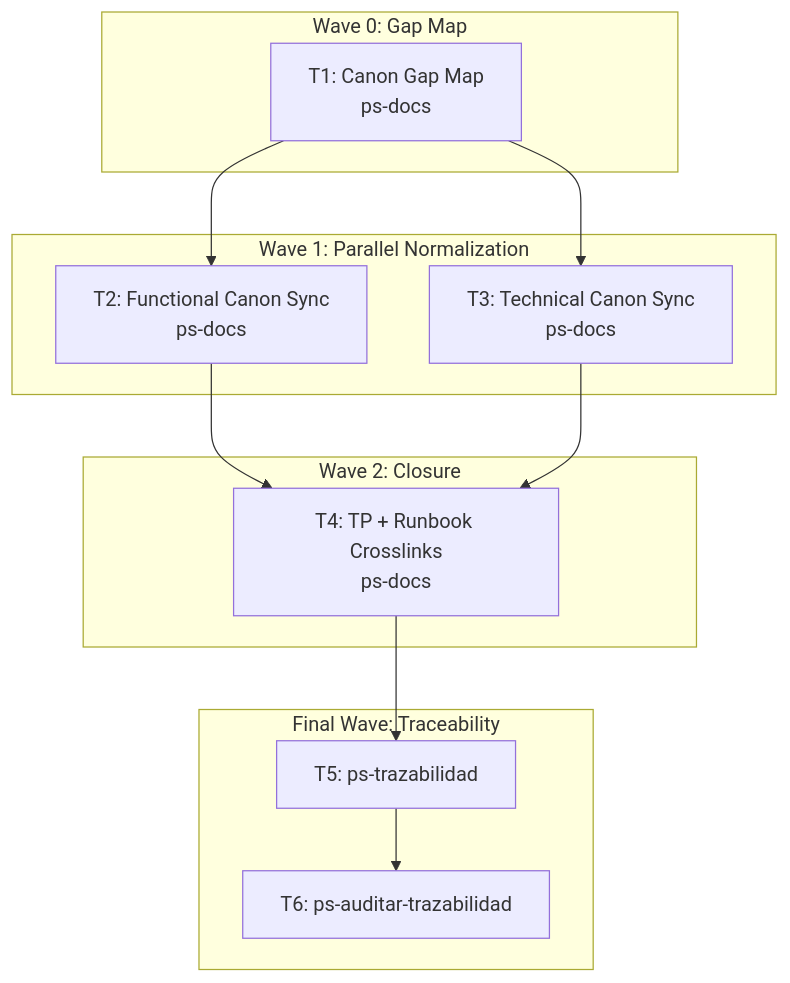
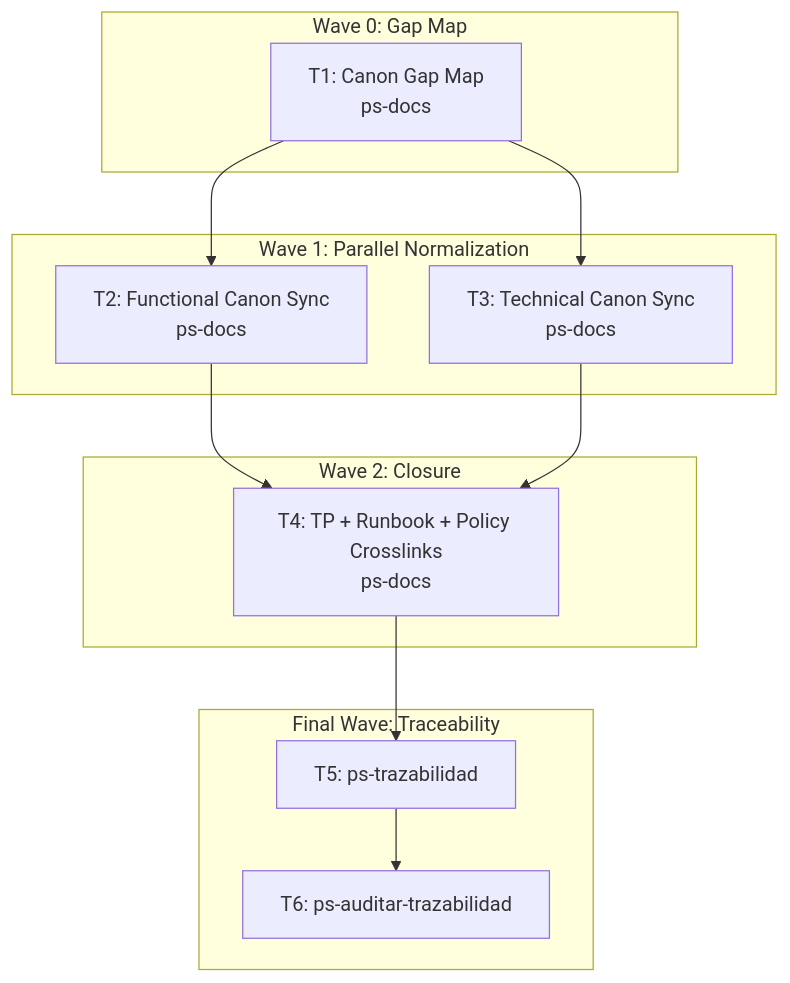
One commit to fgpaz/bitacora changed the diagram in .docs/plans/wave-prod/10-docs-normalizacion-canon.md. Above: the diagram before and after it, drawn with Mermaid. The commit also changed other lines of this file and 213 other files, not shown here.

````diff
--- a/.docs/plans/wave-prod/10-docs-normalizacion-canon.md
+++ b/.docs/plans/wave-prod/10-docs-normalizacion-canon.md
@@ -46,22 +46,22 @@
 ```mermaid
 graph TD
     subgraph Wave0["Wave 0: Gap Map"]
         T1["T1: Canon Gap Map<br/>ps-docs"]
     end
     subgraph Wave1["Wave 1: Parallel Normalization"]
         T2["T2: Functional Canon Sync<br/>ps-docs"]
         T3["T3: Technical Canon Sync<br/>ps-docs"]
     end
     subgraph Wave2["Wave 2: Closure"]
-        T4["T4: TP + Runbook Crosslinks<br/>ps-docs"]
+        T4["T4: TP + Runbook + Policy Crosslinks<br/>ps-docs"]
     end
     subgraph WaveFinal["Final Wave: Traceability"]
         T5["T5: ps-trazabilidad"]
         T6["T6: ps-auditar-trazabilidad"]
         T5 --> T6
     end
     T1 --> T2 & T3
     T2 --> T4
     T3 --> T4
     T4 --> T5
 ```
````
